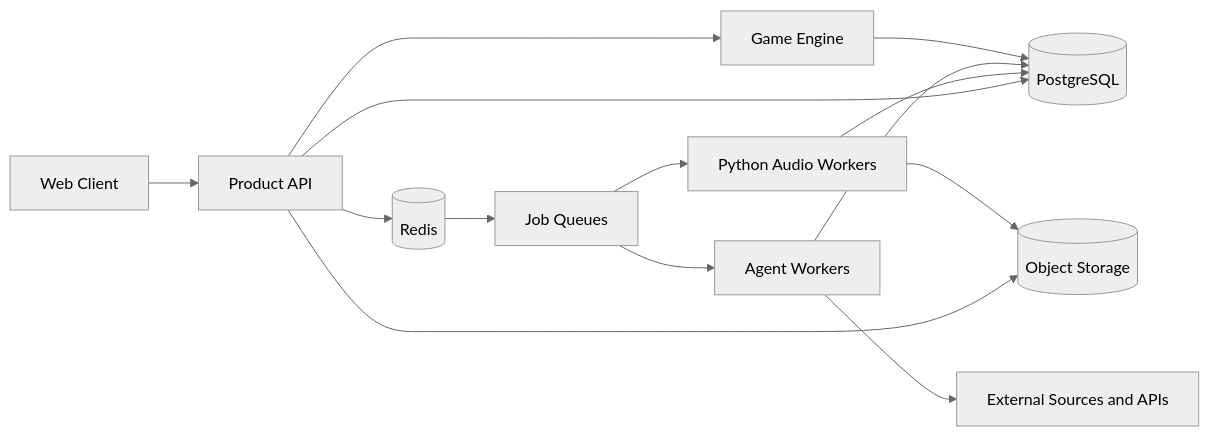
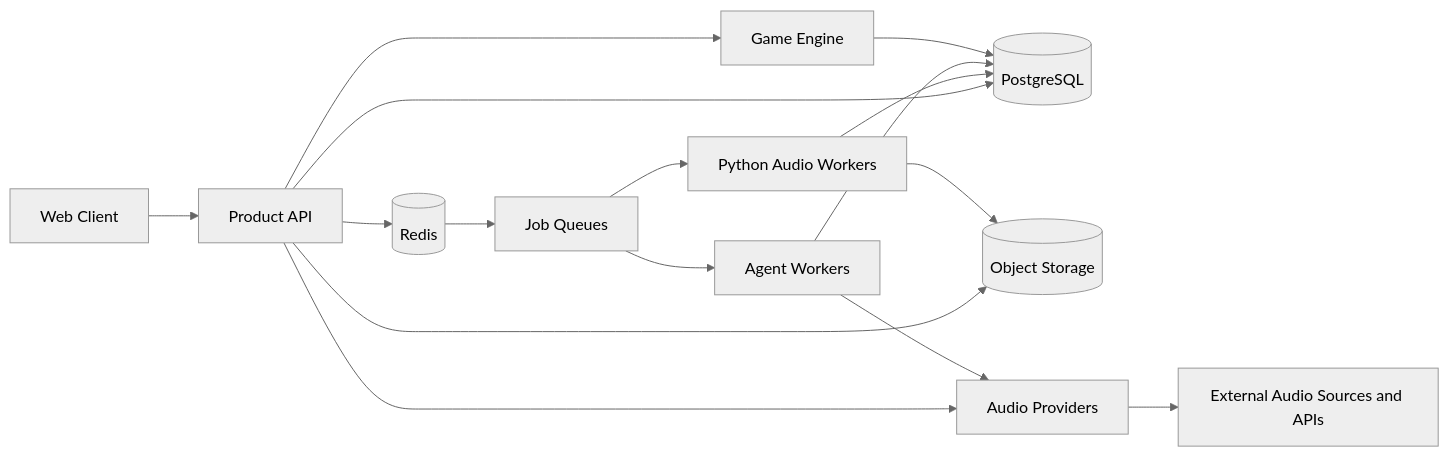
The first of 3 diagrams in docs/ARCHITECTURE.md (edmund-landgraf/NameThatBeat), drawn with Mermaid (neutral theme) before and after one commit. The commit also changed other lines of this file and 76 other files, not shown here.

````diff
--- a/docs/ARCHITECTURE.md
+++ b/docs/ARCHITECTURE.md
@@ -5,16 +5,18 @@
 ```mermaid
 flowchart LR
   Client[Web Client] --> API[Product API]
   API --> DB[(PostgreSQL)]
   API --> Redis[(Redis)]
   API --> Storage[(Object Storage)]
+  API --> Providers[Audio Providers]
   Redis --> Queue[Job Queues]
   Queue --> AudioWorkers[Python Audio Workers]
   Queue --> AgentWorkers[Agent Workers]
   AudioWorkers --> Storage
   AudioWorkers --> DB
   AgentWorkers --> DB
-  AgentWorkers --> External[External Sources and APIs]
+  AgentWorkers --> Providers
+  Providers --> External[External Audio Sources and APIs]
   API --> Game[Game Engine]
   Game --> DB
 ```
````
